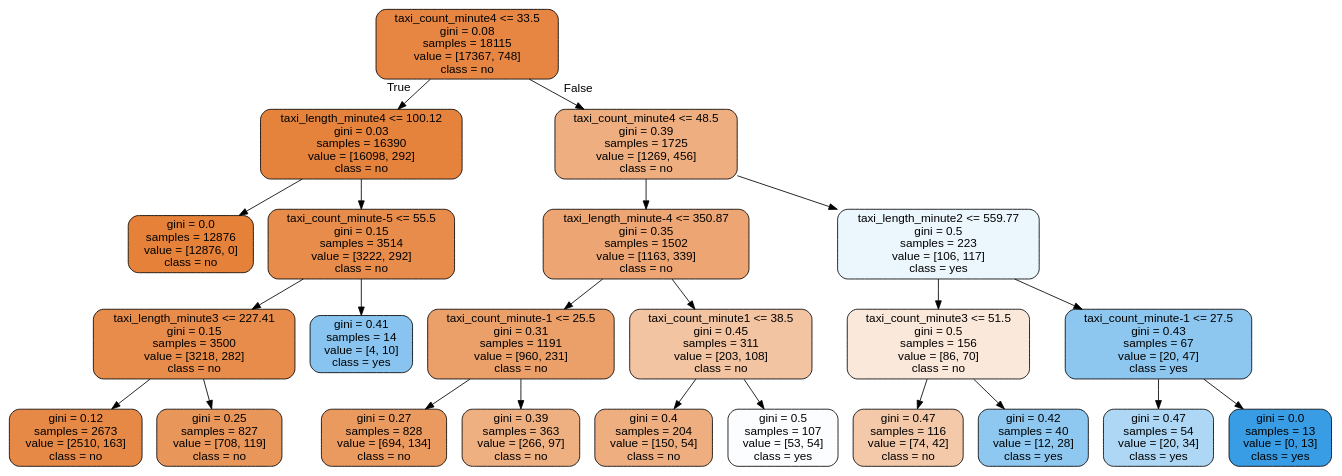
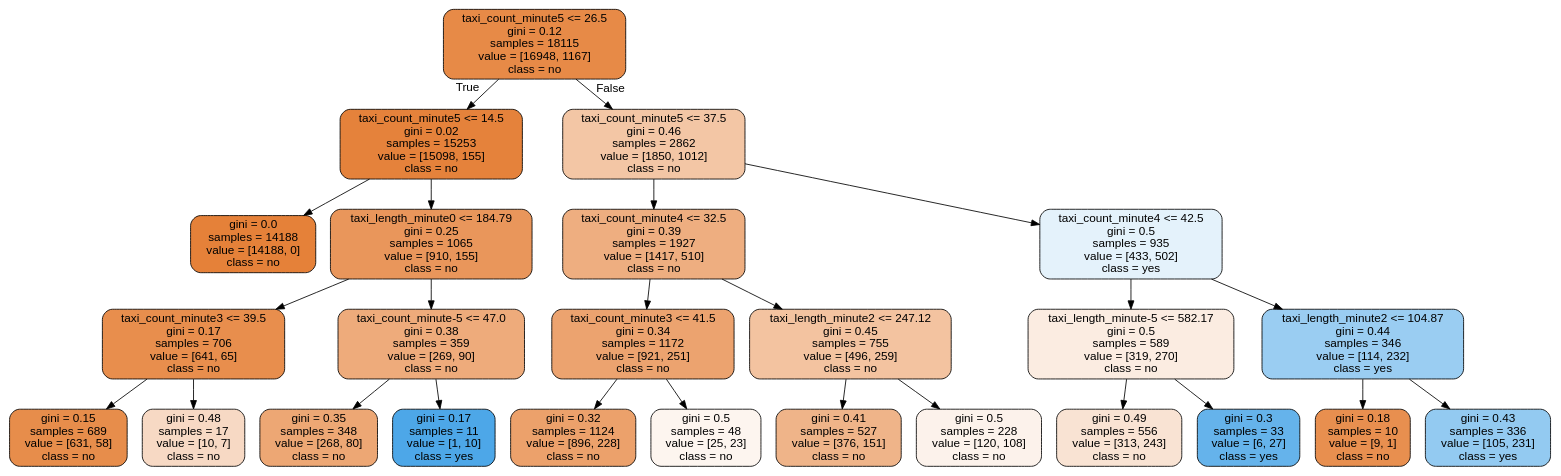
Before and after one commit to DungDinhDungDinh/capstone_project: the diagram in t1_heavy_congestion.dot, drawn with Graphviz. The commit also changed 16 other files, not shown here.

```diff
--- a/t1_heavy_congestion.dot
+++ b/t1_heavy_congestion.dot
@@ -1,49 +1,53 @@
 digraph Tree {
 node [shape=box, style="filled, rounded", color="black", fontname="helvetica"] ;
 edge [fontname="helvetica"] ;
-0 [label="taxi_count_minute4 <= 33.5\ngini = 0.08\nsamples = 18115\nvalue = [17367, 748]\nclass = no", fillcolor="#e68642"] ;
-1 [label="taxi_length_minute4 <= 100.12\ngini = 0.03\nsamples = 16390\nvalue = [16098, 292]\nclass = no", fillcolor="#e5833d"] ;
+0 [label="taxi_count_minute5 <= 26.5\ngini = 0.12\nsamples = 18115\nvalue = [16948, 1167]\nclass = no", fillcolor="#e78a47"] ;
+1 [label="taxi_count_minute5 <= 14.5\ngini = 0.02\nsamples = 15253\nvalue = [15098, 155]\nclass = no", fillcolor="#e5823b"] ;
 0 -> 1 [labeldistance=2.5, labelangle=45, headlabel="True"] ;
-2 [label="gini = 0.0\nsamples = 12876\nvalue = [12876, 0]\nclass = no", fillcolor="#e58139"] ;
+2 [label="gini = 0.0\nsamples = 14188\nvalue = [14188, 0]\nclass = no", fillcolor="#e58139"] ;
 1 -> 2 ;
-3 [label="taxi_count_minute-5 <= 55.5\ngini = 0.15\nsamples = 3514\nvalue = [3222, 292]\nclass = no", fillcolor="#e78c4b"] ;
+3 [label="taxi_length_minute0 <= 184.79\ngini = 0.25\nsamples = 1065\nvalue = [910, 155]\nclass = no", fillcolor="#e9965b"] ;
 1 -> 3 ;
-4 [label="taxi_length_minute3 <= 227.41\ngini = 0.15\nsamples = 3500\nvalue = [3218, 282]\nclass = no", fillcolor="#e78c4a"] ;
+4 [label="taxi_count_minute3 <= 39.5\ngini = 0.17\nsamples = 706\nvalue = [641, 65]\nclass = no", fillcolor="#e88e4d"] ;
 3 -> 4 ;
-5 [label="gini = 0.12\nsamples = 2673\nvalue = [2510, 163]\nclass = no", fillcolor="#e78946"] ;
+5 [label="gini = 0.15\nsamples = 689\nvalue = [631, 58]\nclass = no", fillcolor="#e78d4b"] ;
 4 -> 5 ;
-6 [label="gini = 0.25\nsamples = 827\nvalue = [708, 119]\nclass = no", fillcolor="#e9965a"] ;
+6 [label="gini = 0.48\nsamples = 17\nvalue = [10, 7]\nclass = no", fillcolor="#f7d9c4"] ;
 4 -> 6 ;
-7 [label="gini = 0.41\nsamples = 14\nvalue = [4, 10]\nclass = yes", fillcolor="#88c4ef"] ;
+7 [label="taxi_count_minute-5 <= 47.0\ngini = 0.38\nsamples = 359\nvalue = [269, 90]\nclass = no", fillcolor="#eeab7b"] ;
 3 -> 7 ;
-8 [label="taxi_count_minute4 <= 48.5\ngini = 0.39\nsamples = 1725\nvalue = [1269, 456]\nclass = no", fillcolor="#eeae80"] ;
-0 -> 8 [labeldistance=2.5, labelangle=-45, headlabel="False"] ;
-9 [label="taxi_length_minute-4 <= 350.87\ngini = 0.35\nsamples = 1502\nvalue = [1163, 339]\nclass = no", fillcolor="#eda673"] ;
-8 -> 9 ;
-10 [label="taxi_count_minute-1 <= 25.5\ngini = 0.31\nsamples = 1191\nvalue = [960, 231]\nclass = no", fillcolor="#eb9f69"] ;
-9 -> 10 ;
-11 [label="gini = 0.27\nsamples = 828\nvalue = [694, 134]\nclass = no", fillcolor="#ea995f"] ;
+8 [label="gini = 0.35\nsamples = 348\nvalue = [268, 80]\nclass = no", fillcolor="#eda774"] ;
+7 -> 8 ;
+9 [label="gini = 0.17\nsamples = 11\nvalue = [1, 10]\nclass = yes", fillcolor="#4da7e8"] ;
+7 -> 9 ;
+10 [label="taxi_count_minute5 <= 37.5\ngini = 0.46\nsamples = 2862\nvalue = [1850, 1012]\nclass = no", fillcolor="#f3c6a5"] ;
+0 -> 10 [labeldistance=2.5, labelangle=-45, headlabel="False"] ;
+11 [label="taxi_count_minute4 <= 32.5\ngini = 0.39\nsamples = 1927\nvalue = [1417, 510]\nclass = no", fillcolor="#eeae80"] ;
 10 -> 11 ;
-12 [label="gini = 0.39\nsamples = 363\nvalue = [266, 97]\nclass = no", fillcolor="#eeaf81"] ;
-10 -> 12 ;
-13 [label="taxi_count_minute1 <= 38.5\ngini = 0.45\nsamples = 311\nvalue = [203, 108]\nclass = no", fillcolor="#f3c4a2"] ;
-9 -> 13 ;
-14 [label="gini = 0.4\nsamples = 204\nvalue = [150, 54]\nclass = no", fillcolor="#eeae80"] ;
-13 -> 14 ;
-15 [label="gini = 0.5\nsamples = 107\nvalue = [53, 54]\nclass = yes", fillcolor="#fbfdff"] ;
-13 -> 15 ;
-16 [label="taxi_length_minute2 <= 559.77\ngini = 0.5\nsamples = 223\nvalue = [106, 117]\nclass = yes", fillcolor="#ecf6fd"] ;
-8 -> 16 ;
-17 [label="taxi_count_minute3 <= 51.5\ngini = 0.5\nsamples = 156\nvalue = [86, 70]\nclass = no", fillcolor="#fae8da"] ;
-16 -> 17 ;
-18 [label="gini = 0.47\nsamples = 116\nvalue = [74, 42]\nclass = no", fillcolor="#f4c9a9"] ;
-17 -> 18 ;
-19 [label="gini = 0.42\nsamples = 40\nvalue = [12, 28]\nclass = yes", fillcolor="#8ec7f0"] ;
-17 -> 19 ;
-20 [label="taxi_count_minute-1 <= 27.5\ngini = 0.43\nsamples = 67\nvalue = [20, 47]\nclass = yes", fillcolor="#8dc7f0"] ;
-16 -> 20 ;
-21 [label="gini = 0.47\nsamples = 54\nvalue = [20, 34]\nclass = yes", fillcolor="#add7f4"] ;
-20 -> 21 ;
-22 [label="gini = 0.0\nsamples = 13\nvalue = [0, 13]\nclass = yes", fillcolor="#399de5"] ;
-20 -> 22 ;
+12 [label="taxi_count_minute3 <= 41.5\ngini = 0.34\nsamples = 1172\nvalue = [921, 251]\nclass = no", fillcolor="#eca36f"] ;
+11 -> 12 ;
+13 [label="gini = 0.32\nsamples = 1124\nvalue = [896, 228]\nclass = no", fillcolor="#eca16b"] ;
+12 -> 13 ;
+14 [label="gini = 0.5\nsamples = 48\nvalue = [25, 23]\nclass = no", fillcolor="#fdf5ef"] ;
+12 -> 14 ;
+15 [label="taxi_length_minute2 <= 247.12\ngini = 0.45\nsamples = 755\nvalue = [496, 259]\nclass = no", fillcolor="#f3c3a0"] ;
+11 -> 15 ;
+16 [label="gini = 0.41\nsamples = 527\nvalue = [376, 151]\nclass = no", fillcolor="#efb489"] ;
+15 -> 16 ;
+17 [label="gini = 0.5\nsamples = 228\nvalue = [120, 108]\nclass = no", fillcolor="#fcf2eb"] ;
+15 -> 17 ;
+18 [label="taxi_count_minute4 <= 42.5\ngini = 0.5\nsamples = 935\nvalue = [433, 502]\nclass = yes", fillcolor="#e4f2fb"] ;
+10 -> 18 ;
+19 [label="taxi_length_minute-5 <= 582.17\ngini = 0.5\nsamples = 589\nvalue = [319, 270]\nclass = no", fillcolor="#fbece1"] ;
+18 -> 19 ;
+20 [label="gini = 0.49\nsamples = 556\nvalue = [313, 243]\nclass = no", fillcolor="#f9e3d3"] ;
+19 -> 20 ;
+21 [label="gini = 0.3\nsamples = 33\nvalue = [6, 27]\nclass = yes", fillcolor="#65b3eb"] ;
+19 -> 21 ;
+22 [label="taxi_length_minute2 <= 104.87\ngini = 0.44\nsamples = 346\nvalue = [114, 232]\nclass = yes", fillcolor="#9acdf2"] ;
+18 -> 22 ;
+23 [label="gini = 0.18\nsamples = 10\nvalue = [9, 1]\nclass = no", fillcolor="#e88f4f"] ;
+22 -> 23 ;
+24 [label="gini = 0.43\nsamples = 336\nvalue = [105, 231]\nclass = yes", fillcolor="#93caf1"] ;
+22 -> 24 ;
 }
```
